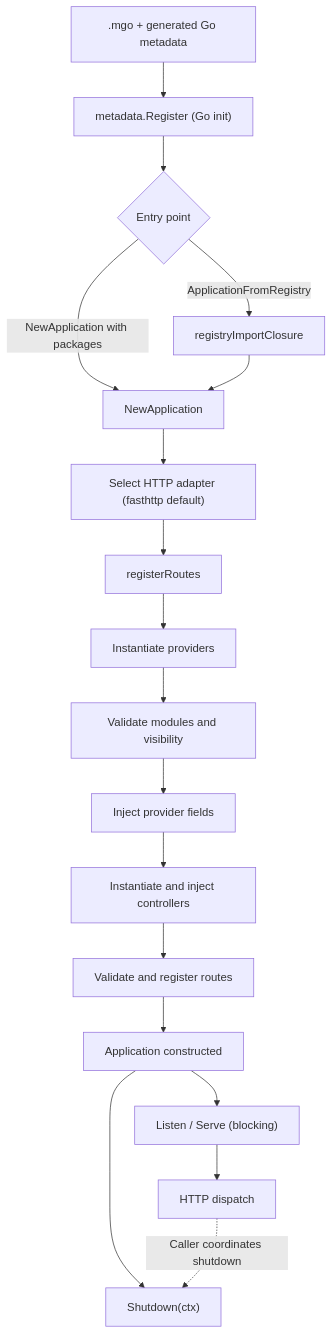
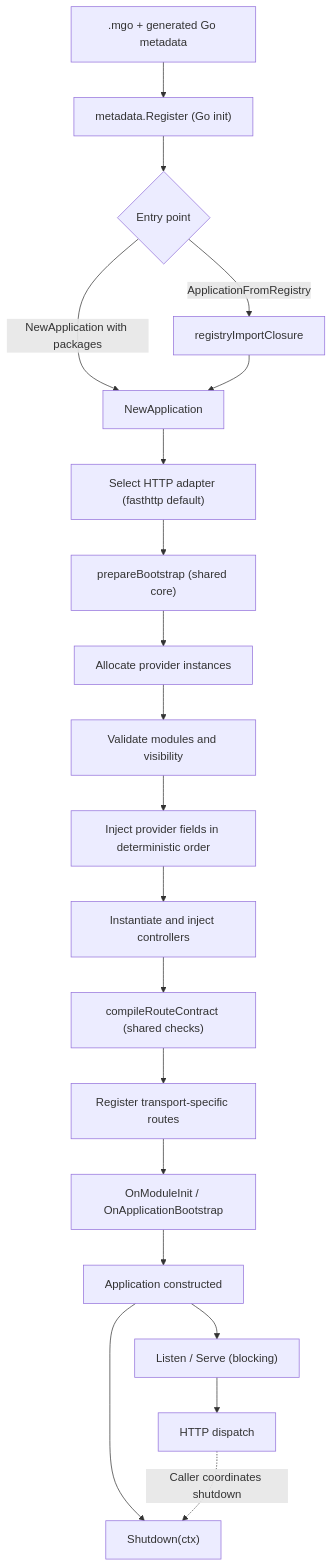
The first of 11 diagrams in website/docs/fundamentals/lifecycle.md (kevenmiano/nestgo), drawn with Mermaid before and after one commit. The commit also changed other lines of this file, not shown here.

Commit message:
docs(runtime): update Mermaid bootstrap flow for shared DI and route contracts

````diff
--- a/website/docs/fundamentals/lifecycle.md
+++ b/website/docs/fundamentals/lifecycle.md
@@ -12,20 +12,22 @@
 ```mermaid
 flowchart TD
   Source[".mgo + generated Go metadata"] --> Registry["metadata.Register (Go init)"]
   Registry --> Entry{"Entry point"}
   Entry -->|"ApplicationFromRegistry"| Imports["registryImportClosure"]
   Entry -->|"NewApplication with packages"| App["NewApplication"]
   Imports --> App
   App --> Adapter["Select HTTP adapter (fasthttp default)"]
-  Adapter --> Routes["registerRoutes"]
-  Routes --> Instances["Instantiate providers"]
+  Adapter --> Core["prepareBootstrap (shared core)"]
+  Core --> Instances["Allocate provider instances"]
   Instances --> Graph["Validate modules and visibility"]
-  Graph --> Inject["Inject provider fields"]
+  Graph --> Inject["Inject provider fields in deterministic order"]
   Inject --> Controllers["Instantiate and inject controllers"]
-  Controllers --> Map["Validate and register routes"]
-  Map --> Ready["Application constructed"]
+  Controllers --> Contract["compileRouteContract (shared checks)"]
+  Contract --> Map["Register transport-specific routes"]
+  Map --> Hooks["OnModuleInit / OnApplicationBootstrap"]
+  Hooks --> Ready["Application constructed"]
   Ready --> Listen["Listen / Serve (blocking)"]
   Listen --> Requests["HTTP dispatch"]
   Ready --> Shutdown["Shutdown(ctx)"]
   Requests -. "Caller coordinates shutdown" .-> Shutdown
 ```
````
